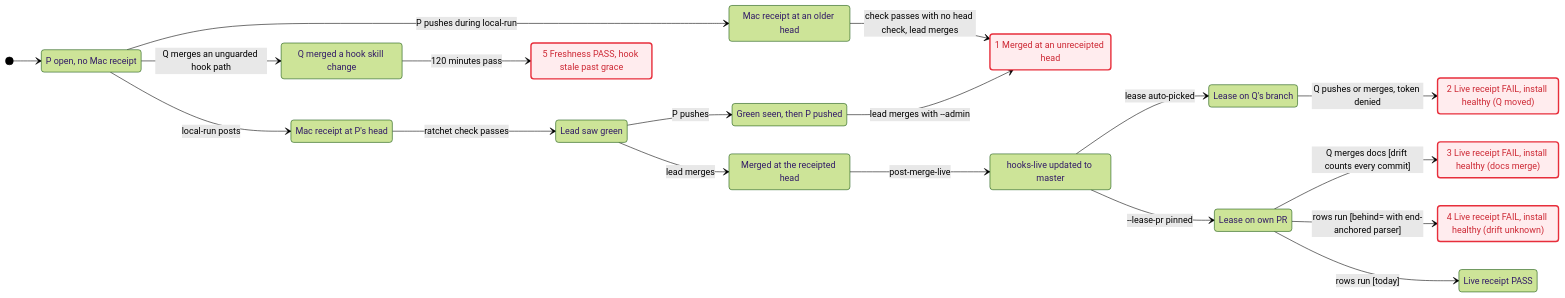
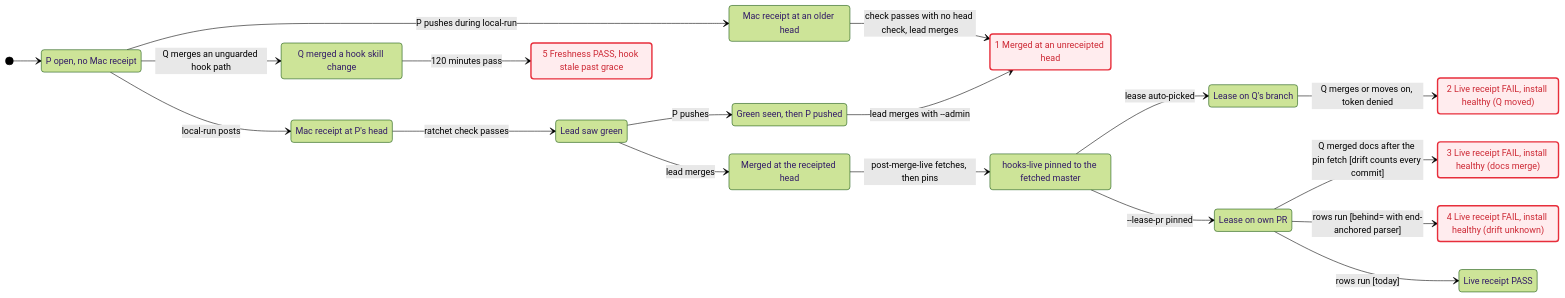
The diagram in docs/tla/merge-receipts/statechart.md (EtanHey/golems), drawn with Mermaid (forest theme) before and after one commit. The commit also changed other lines of this file and 1 other file, not shown here.

Commit message:
skills(verify-merge-receipts): cover lease issuer, lead_scope and manifest (review r1)
Adds scripts/golems-lead-confirm, human-confirm-gate's tokens.py
(lead_metadata, lead_scope) and scripts/hooks/manifest.json to the
coverage record and the sync triggers, maps the split pin, reread and
status steps, and updates the chart for them. verify.py still exits 1
(three known findings); the scratch FX16 revert still exits 2.

````diff
--- a/docs/tla/merge-receipts/statechart.md
+++ b/docs/tla/merge-receipts/statechart.md
@@ -8,39 +8,39 @@
 ```mermaid
 stateDiagram-v2
   direction LR
   Open: P open, no Mac receipt
   Receipted: Mac receipt at P's head
   Older: Mac receipt at an older head
   Green: Lead saw green
   Moved: Green seen, then P pushed
   Bad1: 1 Merged at an unreceipted head
   Merged: Merged at the receipted head
-  Updated: hooks-live updated to master
+  Updated: hooks-live pinned to the fetched master
   LeaseQ: Lease on Q's branch
   LeaseOwn: Lease on own PR
   Bad2: 2 Live receipt FAIL, install healthy (Q moved)
   Bad3: 3 Live receipt FAIL, install healthy (docs merge)
   Bad4: 4 Live receipt FAIL, install healthy (drift unknown)
   Pass: Live receipt PASS
   QHook: Q merged a hook skill change
   Bad5: 5 Freshness PASS, hook stale past grace
   [*] --> Open
   Open --> Receipted: local-run posts
   Open --> Older: P pushes during local-run
   Receipted --> Green: ratchet check passes
   Older --> Bad1: check passes with no head check, lead merges
   Green --> Moved: P pushes
   Moved --> Bad1: lead merges with --admin
   Green --> Merged: lead merges
-  Merged --> Updated: post-merge-live
+  Merged --> Updated: post-merge-live fetches, then pins
   Updated --> LeaseQ: lease auto-picked
   Updated --> LeaseOwn: --lease-pr pinned
-  LeaseQ --> Bad2: Q pushes or merges, token denied
-  LeaseOwn --> Bad3: Q merges docs [drift counts every commit]
+  LeaseQ --> Bad2: Q merges or moves on, token denied
+  LeaseOwn --> Bad3: Q merged docs after the pin fetch [drift counts every commit]
   LeaseOwn --> Bad4: rows run [behind= with end-anchored parser]
   LeaseOwn --> Pass: rows run [today]
   Open --> QHook: Q merges an unguarded hook path
   QHook --> Bad5: 120 minutes pass
   classDef bug fill:#ffecee,stroke:#e72e3b,stroke-width:2.5px,color:#cd2834
   class Bad1,Bad2,Bad3,Bad4,Bad5 bug
 ```
````
